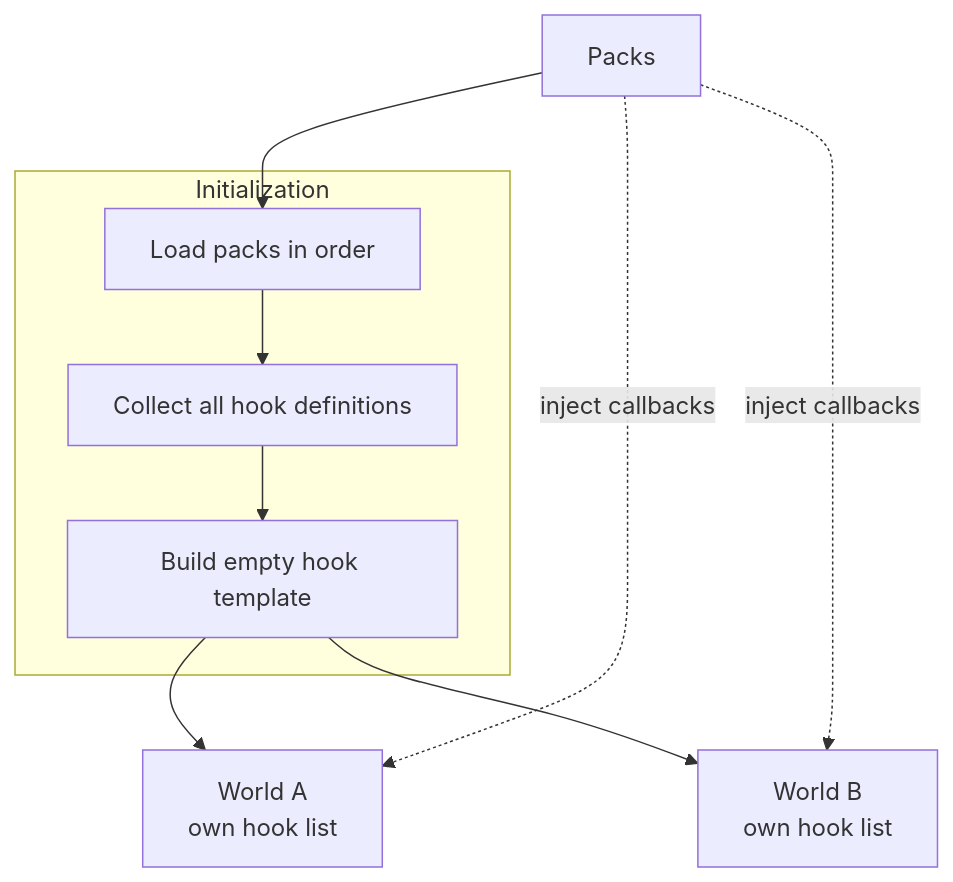
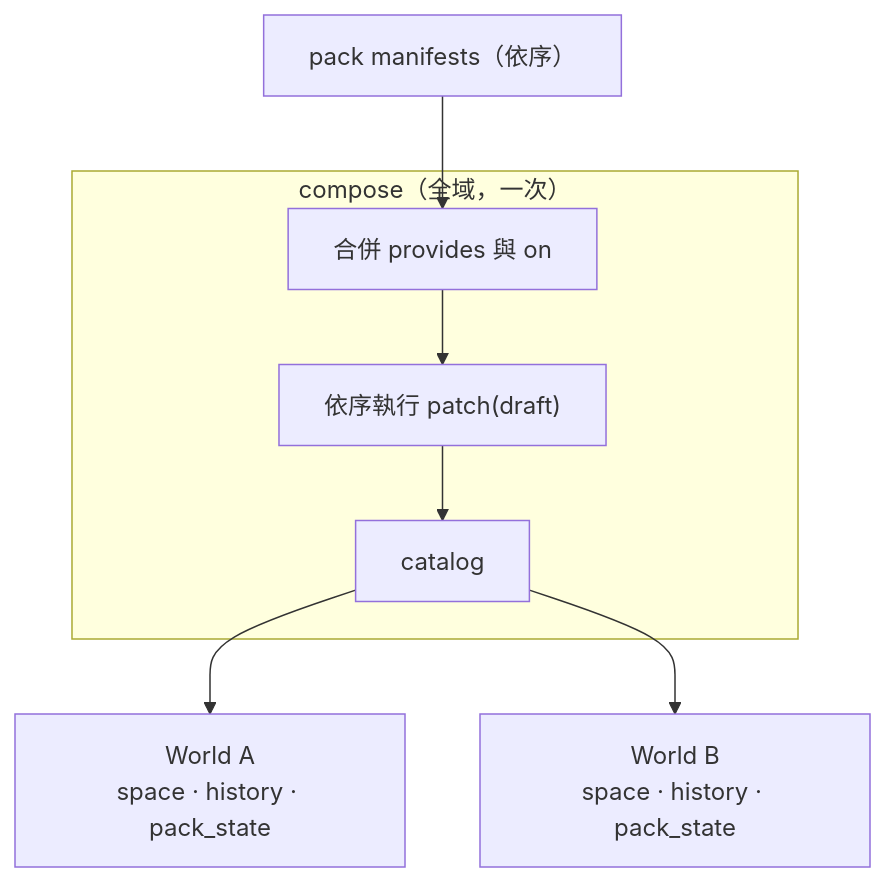
The diagram in src/README.md (wVQ88Soi2Il9/vF0hcy4377Sf), drawn with Mermaid before and after one commit. The commit also changed other lines of this file and 16 other files, not shown here.

First line of the commit message:
refactor: replace hook injection with pack manifest and commit event

````diff
--- a/src/README.md
+++ b/src/README.md
@@ -10,20 +10,17 @@
-```mermaid id="96rj3k"
+```mermaid
 flowchart TD
-    Packs["Packs"]
+    M["pack manifests（依序）"]
 
-    subgraph Init["Initialization"]
-        Load["Load packs in order"]
-        Hooks["Collect all hook definitions"]
-        Template["Build empty hook template"]
+    subgraph Compose["compose（全域，一次）"]
+        Merge["合併 provides 與 on"]
+        Patch["依序執行 patch(draft)"]
+        Catalog["catalog"]
 
-        Load --> Hooks --> Template
+        Merge --> Patch --> Catalog
     end
 
-    Packs --> Load
+    M --> Merge
 
-    Template --> WA["World A<br/>own hook list"]
-    Template --> WB["World B<br/>own hook list"]
-
-    Packs -. "inject callbacks" .-> WA
-    Packs -. "inject callbacks" .-> WB
+    Catalog --> WA["World A<br/>space · history · pack_state"]
+    Catalog --> WB["World B<br/>space · history · pack_state"]
 ```
````
